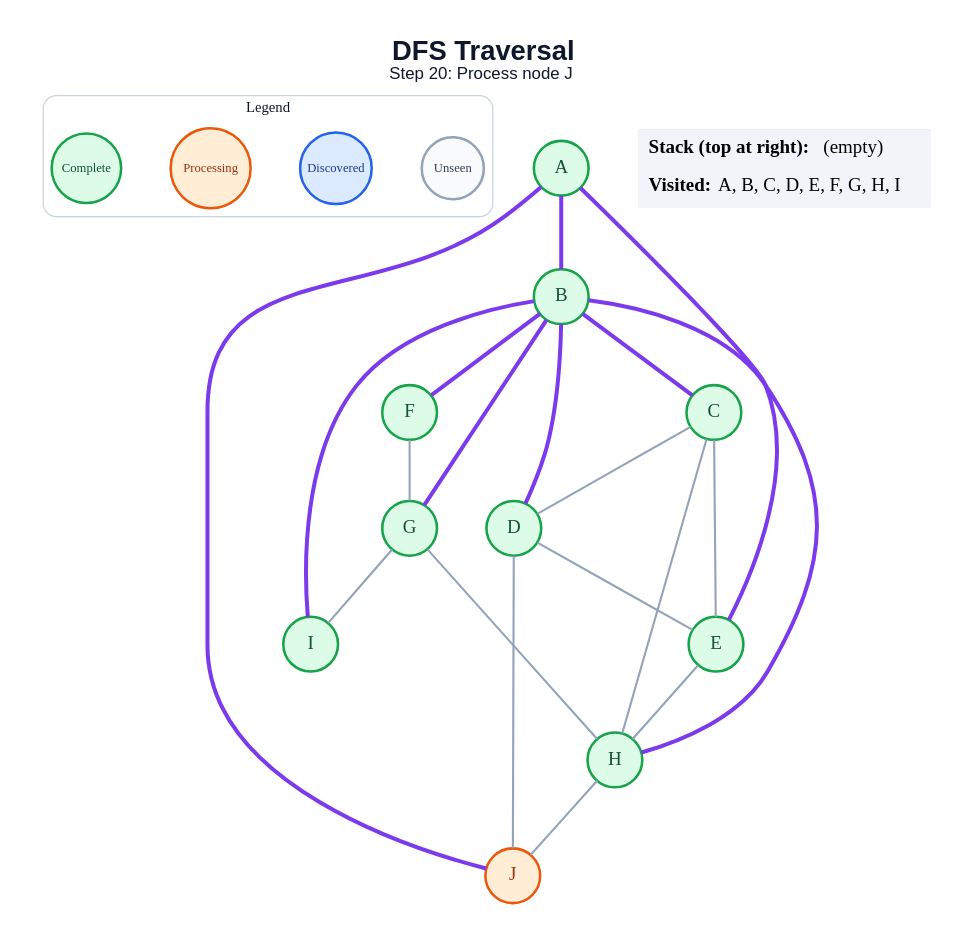
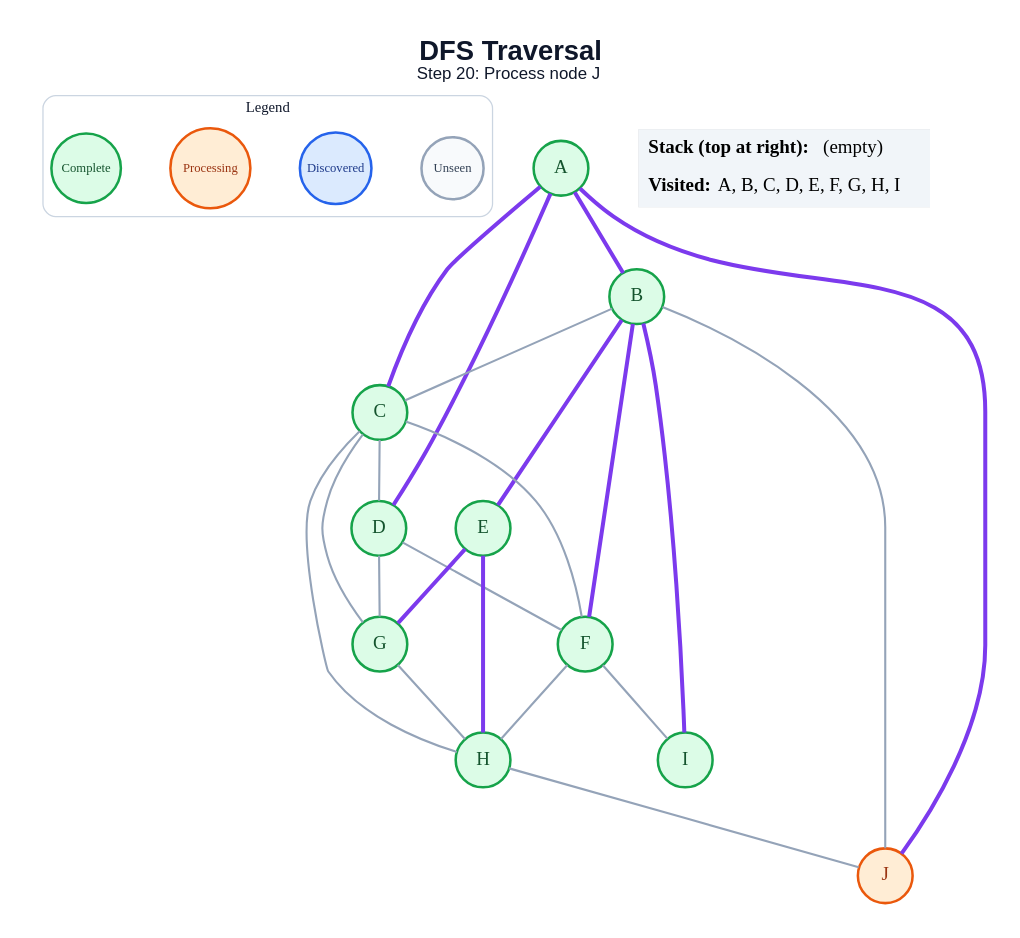
Before and after one commit to anon7238593-create/ai-slop: the diagram in generated/dfs/step_20.dot, drawn with Graphviz. The commit also changed 178 other files, not shown here.

```diff
--- a/generated/dfs/step_20.dot
+++ b/generated/dfs/step_20.dot
@@ -1,48 +1,50 @@
 graph traversal {
   graph [layout=dot, rankdir=TB, bgcolor="#FFFFFF", pad="0.35", nodesep="0.65", ranksep="0.8", fontname="Arial"];
   node [shape=circle, style="filled", fontname="Arial Bold", fontsize=18, width=0.72, fixedsize=true, penwidth=2.4];
   edge [color="#94A3B8", penwidth=2.0];
   label=<<B>DFS Traversal</B><BR/><FONT POINT-SIZE="16">Step 20: Process node J</FONT>>; labelloc="t"; fontsize=26; fontname="Arial"; fontcolor="#0F172A";
   subgraph cluster_legend { label="Legend"; color="#CBD5E1"; penwidth=1.2; style="rounded"; fontsize=14; fontname="Arial Bold";
     key_unseen [label="Unseen", fillcolor="#F8FAFC", color="#94A3B8", fontcolor="#334155", fontsize=12, width=0.82];
     key_frontier [label="Discovered", fillcolor="#DBEAFE", color="#2563EB", fontcolor="#1E3A8A", fontsize=12, width=0.95];
     key_current [label="Processing", fillcolor="#FFEDD5", color="#EA580C", fontcolor="#9A3412", fontsize=12, width=1.05];
     key_done [label="Complete", fillcolor="#DCFCE7", color="#16A34A", fontcolor="#14532D", fontsize=12, width=0.92];
     { rank=same; key_unseen; key_frontier; key_current; key_done; }
   }
   A [fillcolor="#DCFCE7", color="#16A34A", fontcolor="#14532D"];
   B [fillcolor="#DCFCE7", color="#16A34A", fontcolor="#14532D"];
   C [fillcolor="#DCFCE7", color="#16A34A", fontcolor="#14532D"];
   D [fillcolor="#DCFCE7", color="#16A34A", fontcolor="#14532D"];
   E [fillcolor="#DCFCE7", color="#16A34A", fontcolor="#14532D"];
   F [fillcolor="#DCFCE7", color="#16A34A", fontcolor="#14532D"];
   G [fillcolor="#DCFCE7", color="#16A34A", fontcolor="#14532D"];
   H [fillcolor="#DCFCE7", color="#16A34A", fontcolor="#14532D"];
   I [fillcolor="#DCFCE7", color="#16A34A", fontcolor="#14532D"];
   J [fillcolor="#FFEDD5", color="#EA580C", fontcolor="#9A3412"];
   A -- B [color="#7C3AED", penwidth=3.8];
-  A -- E [color="#7C3AED", penwidth=3.8];
+  A -- C [color="#7C3AED", penwidth=3.8];
+  A -- D [color="#7C3AED", penwidth=3.8];
   A -- J [color="#7C3AED", penwidth=3.8];
-  B -- C [color="#7C3AED", penwidth=3.8];
-  B -- D [color="#7C3AED", penwidth=3.8];
+  B -- C;
+  B -- E [color="#7C3AED", penwidth=3.8];
   B -- F [color="#7C3AED", penwidth=3.8];
-  B -- G [color="#7C3AED", penwidth=3.8];
-  B -- H [color="#7C3AED", penwidth=3.8];
   B -- I [color="#7C3AED", penwidth=3.8];
+  B -- J;
   C -- D;
-  C -- E;
+  C -- F;
+  C -- G;
   C -- H;
-  D -- E;
-  D -- J;
-  E -- H;
-  F -- G;
+  D -- F;
+  D -- G;
+  E -- G [color="#7C3AED", penwidth=3.8];
+  E -- H [color="#7C3AED", penwidth=3.8];
+  F -- H;
+  F -- I;
   G -- H;
-  G -- I;
   H -- J;
   status [shape=plain, fixedsize=false, width=0, height=0, margin=0, label=<
     <TABLE BORDER="0" CELLBORDER="0" CELLPADDING="7" BGCOLOR="#F1F5F9">
       <TR><TD ALIGN="LEFT"><B>Stack (top at right):</B> (empty)</TD></TR>
       <TR><TD ALIGN="LEFT"><B>Visited:</B> A, B, C, D, E, F, G, H, I</TD></TR>
     </TABLE>
   >];
 }
```
